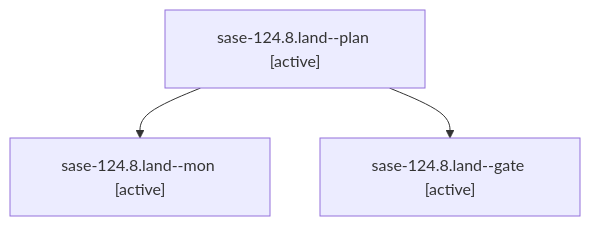
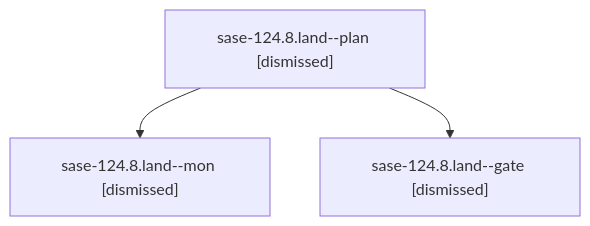
Before and after one commit to sase-org/sase--agents: the diagram in sessions/bbugyi200.athena.sase-124.8.land.md, drawn with Mermaid. The commit also changed other lines of this file and 306 other files, not shown here.

````diff
--- a/sessions/bbugyi200.athena.sase-124.8.land.md
+++ b/sessions/bbugyi200.athena.sase-124.8.land.md
@@ -9,8 +9,8 @@
 ```mermaid
 flowchart TD
-  n0["sase-124.8.land--plan [active]"]
-  n1["sase-124.8.land--mon [active]"]
+  n0["sase-124.8.land--plan [dismissed]"]
+  n1["sase-124.8.land--mon [dismissed]"]
   n0 --> n1
-  n2["sase-124.8.land--gate [active]"]
+  n2["sase-124.8.land--gate [dismissed]"]
   n0 --> n2
 ```
````
